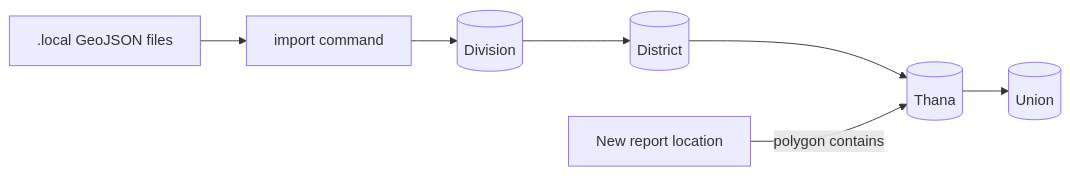
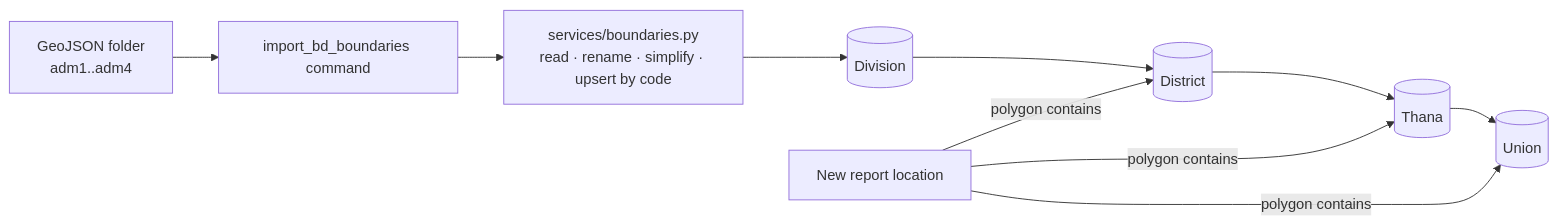
The first of 2 diagrams in agent-os/specs/2026-11-05-bd-admin-boundaries/spec.md (skfarhad/hazard_reporting_system), drawn with Mermaid before and after one commit. The commit also changed other lines of this file and 2 other files, not shown here.

Commit message:
chore(bd-admin-boundaries): plan spec, tasks and orchestration

````diff
--- a/agent-os/specs/2026-11-05-bd-admin-boundaries/spec.md
+++ b/agent-os/specs/2026-11-05-bd-admin-boundaries/spec.md
@@ -53,6 +74,9 @@
 ```mermaid
 graph LR
-    F[.local GeoJSON files] --> C[import command]
-    C --> D[(Division)] --> Di[(District)] --> T[(Thana)] --> U[(Union)]
-    R[New report location] -->|polygon contains| T
+    F[GeoJSON folder<br/>adm1..adm4] --> C[import_bd_boundaries command]
+    C --> S[services/boundaries.py<br/>read · rename · simplify · upsert by code]
+    S --> D[(Division)] --> Di[(District)] --> T[(Thana)] --> U[(Union)]
+    R[New report location] -->|polygon contains| Di
+    R -->|polygon contains| T
+    R -->|polygon contains| U
 ```
````
